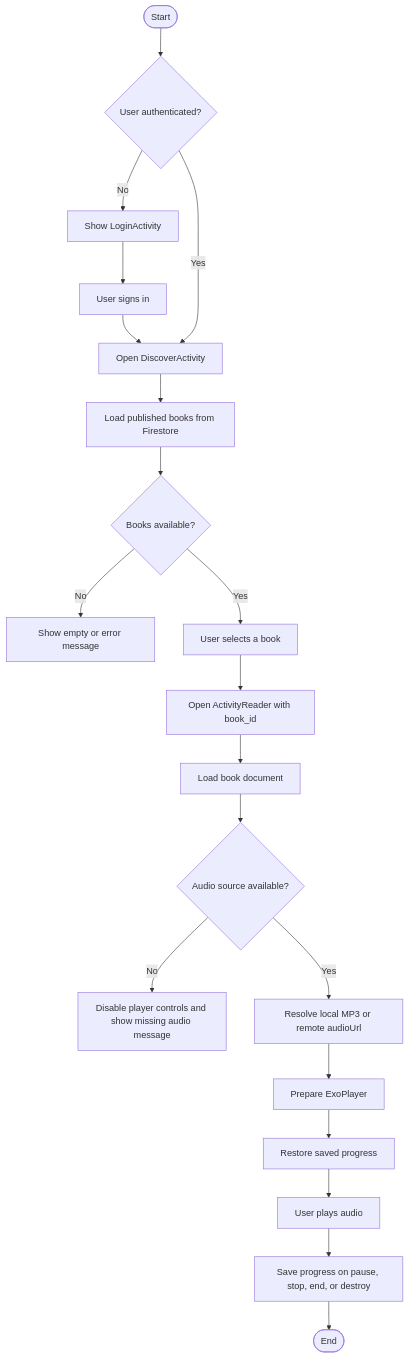
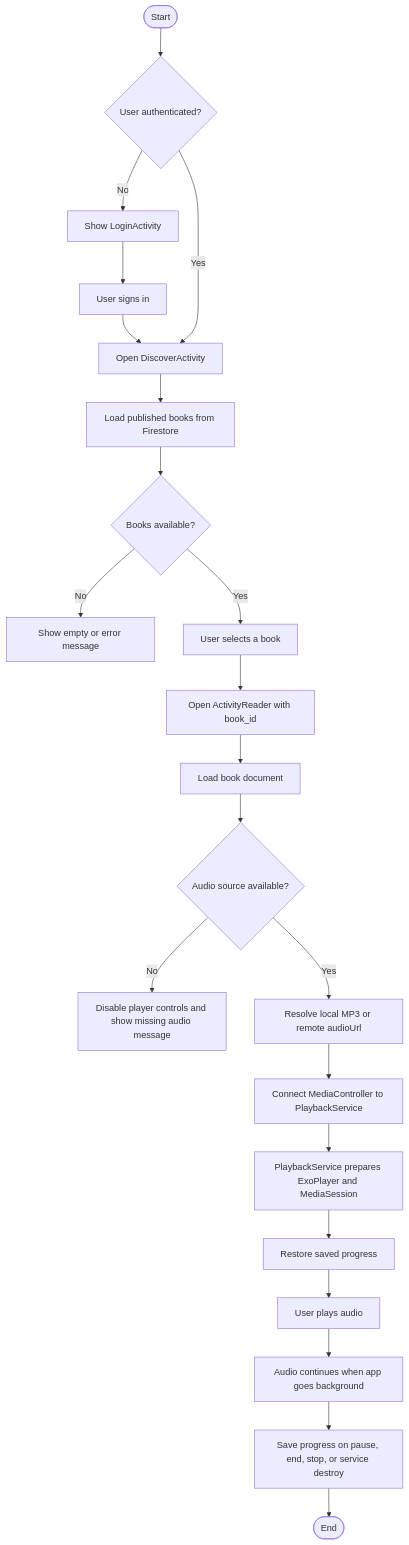
The third of 8 diagrams in README.md (LeeVuKhang/Fonos_Group13), drawn with Mermaid before and after one commit. The commit also changed other lines of this file, not shown here.

Commit message:
Update docs for playback service

````diff
--- a/README.md
+++ b/README.md
@@ -341,22 +357,24 @@
 ```mermaid
 flowchart TD
     A([Start]) --> B{User authenticated?}
     B -- No --> C[Show LoginActivity]
     C --> D[User signs in]
     D --> E[Open DiscoverActivity]
     B -- Yes --> E
     E --> F[Load published books from Firestore]
     F --> G{Books available?}
     G -- No --> H[Show empty or error message]
     G -- Yes --> I[User selects a book]
     I --> J[Open ActivityReader with book_id]
     J --> K[Load book document]
     K --> L{Audio source available?}
     L -- No --> M[Disable player controls and show missing audio message]
     L -- Yes --> N[Resolve local MP3 or remote audioUrl]
-    N --> O[Prepare ExoPlayer]
-    O --> P[Restore saved progress]
-    P --> Q[User plays audio]
-    Q --> R[Save progress on pause, stop, end, or destroy]
-    R --> S([End])
+    N --> O[Connect MediaController to PlaybackService]
+    O --> P[PlaybackService prepares ExoPlayer and MediaSession]
+    P --> Q[Restore saved progress]
+    Q --> R[User plays audio]
+    R --> S[Audio continues when app goes background]
+    S --> T[Save progress on pause, end, stop, or service destroy]
+    T --> U([End])
 ```
````
